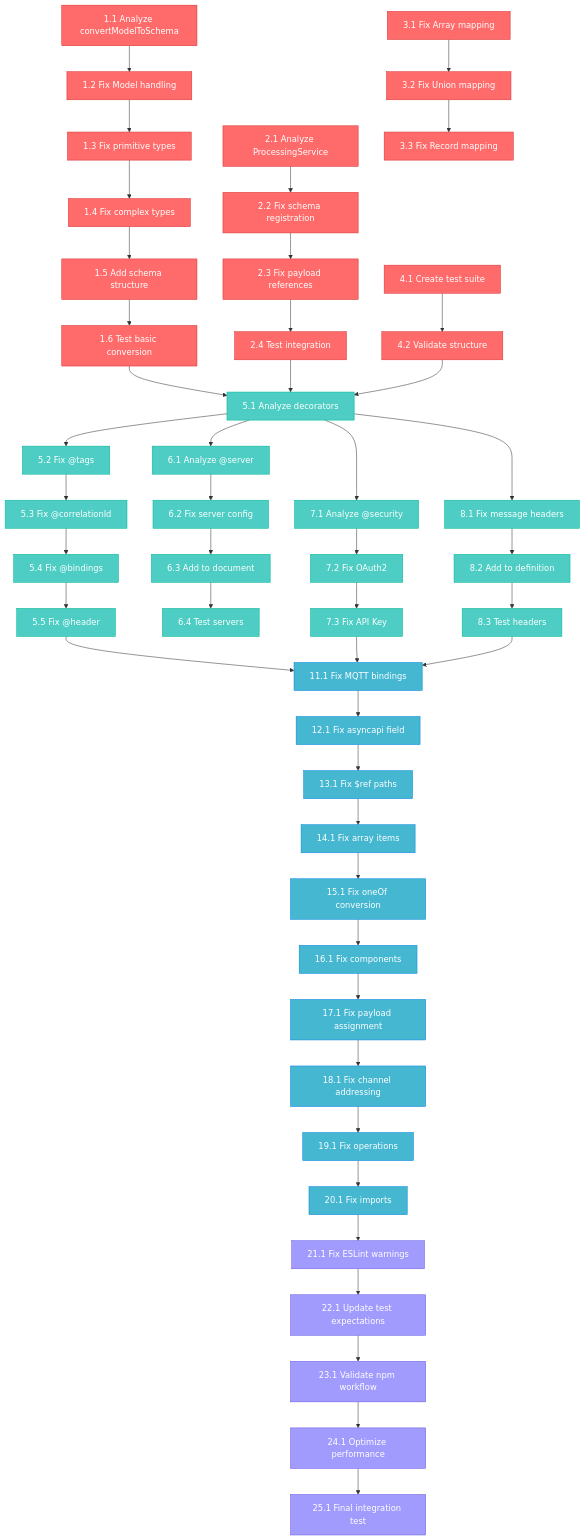
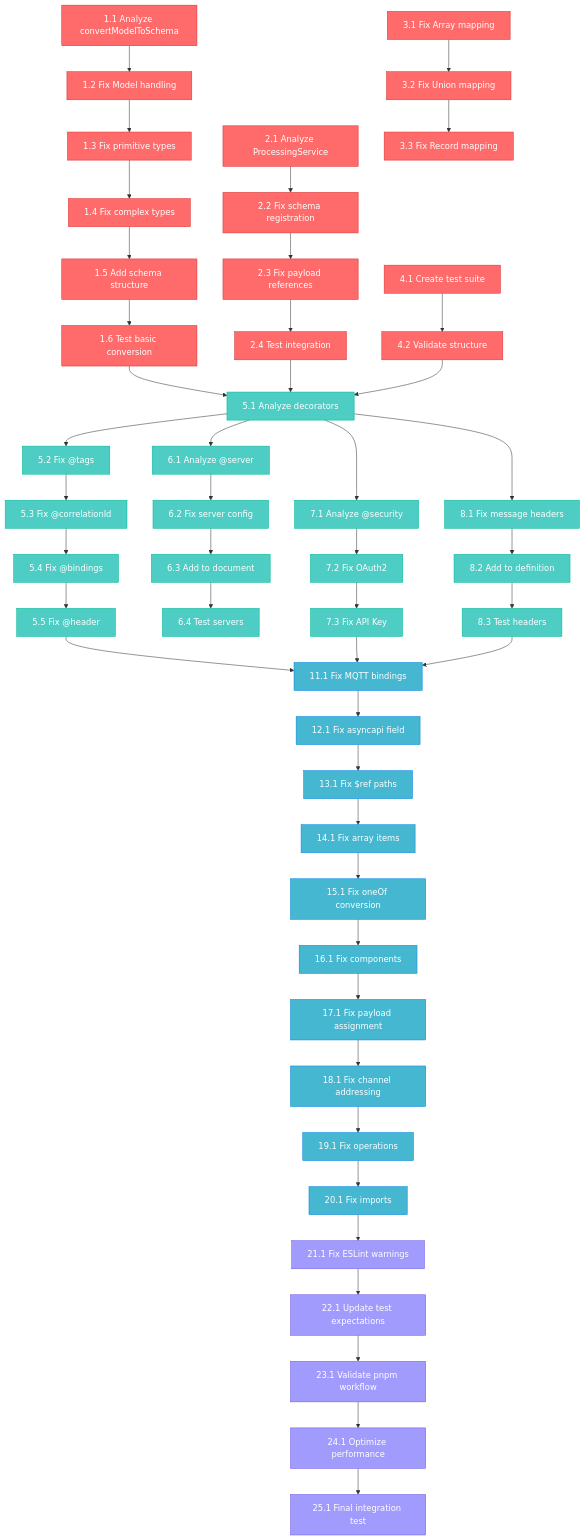
One commit to LarsArtmann/typespec-asyncapi changed the diagram in docs/_archive/planning/2025-09-03_01-38_comprehensive-fixing-session.md. Above: the diagram before and after it, drawn with Mermaid. The commit also changed other lines of this file and 74 other files, not shown here.

````diff
--- a/docs/_archive/planning/2025-09-03_01-38_comprehensive-fixing-session.md
+++ b/docs/_archive/planning/2025-09-03_01-38_comprehensive-fixing-session.md
@@ -128,74 +128,74 @@
 ```mermaid
 graph TB
     %% Phase 1: Critical Foundation
     A[1.1 Analyze convertModelToSchema] --> B[1.2 Fix Model handling]
     B --> C[1.3 Fix primitive types]
     C --> D[1.4 Fix complex types]
     D --> E[1.5 Add schema structure]
     E --> F[1.6 Test basic conversion]
 
     G[2.1 Analyze ProcessingService] --> H[2.2 Fix schema registration]
     H --> I[2.3 Fix payload references]
     I --> J[2.4 Test integration]
 
     K[3.1 Fix Array mapping] --> L[3.2 Fix Union mapping]
     L --> M[3.3 Fix Record mapping]
 
     N[4.1 Create test suite] --> O[4.2 Validate structure]
 
     %% Phase 2: Core Components
     F --> P[5.1 Analyze decorators]
     J --> P
     O --> P
 
     P --> Q[5.2 Fix @tags]
     Q --> R[5.3 Fix @correlationId]
     R --> S[5.4 Fix @bindings]
     S --> T[5.5 Fix @header]
 
     P --> U[6.1 Analyze @server]
     U --> V[6.2 Fix server config]
     V --> W[6.3 Add to document]
     W --> X[6.4 Test servers]
 
     P --> Y[7.1 Analyze @security]
     Y --> Z[7.2 Fix OAuth2]
     Z --> AA[7.3 Fix API Key]
 
     P --> BB[8.1 Fix message headers]
     BB --> CC[8.2 Add to definition]
     CC --> DD[8.3 Test headers]
 
     %% Phase 3: Complete Functionality
     T --> EE[11.1 Fix MQTT bindings]
     AA --> EE
     DD --> EE
 
     EE --> FF[12.1 Fix asyncapi field]
     FF --> GG[13.1 Fix $ref paths]
     GG --> HH[14.1 Fix array items]
     HH --> II[15.1 Fix oneOf conversion]
     II --> JJ[16.1 Fix components]
     JJ --> KK[17.1 Fix payload assignment]
     KK --> LL[18.1 Fix channel addressing]
     LL --> MM[19.1 Fix operations]
     MM --> NN[20.1 Fix imports]
 
     %% Phase 4: Production Readiness
     NN --> OO[21.1 Fix ESLint warnings]
     OO --> PP[22.1 Update test expectations]
-    PP --> QQ[23.1 Validate npm workflow]
+    PP --> QQ[23.1 Validate pnpm workflow]
     QQ --> RR[24.1 Optimize performance]
     RR --> SS[25.1 Final integration test]
 
     %% Parallel Execution Groups
     classDef phase1 fill:#ff6b6b,stroke:#d63031,color:#fff
     classDef phase2 fill:#4ecdc4,stroke:#00b894,color:#fff
     classDef phase3 fill:#45b7d1,stroke:#0984e3,color:#fff
     classDef phase4 fill:#a29bfe,stroke:#6c5ce7,color:#fff
 
     class A,B,C,D,E,F,G,H,I,J,K,L,M,N,O phase1
     class P,Q,R,S,T,U,V,W,X,Y,Z,AA,BB,CC,DD phase2
     class EE,FF,GG,HH,II,JJ,KK,LL,MM,NN phase3
     class OO,PP,QQ,RR,SS phase4
 ```
````
